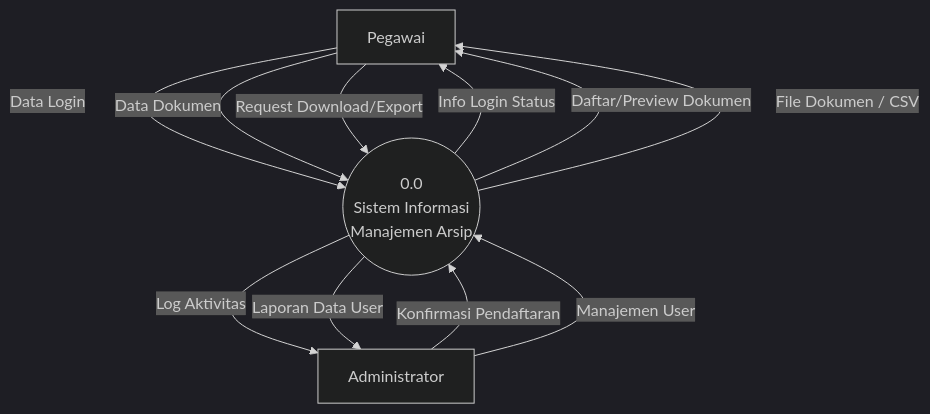
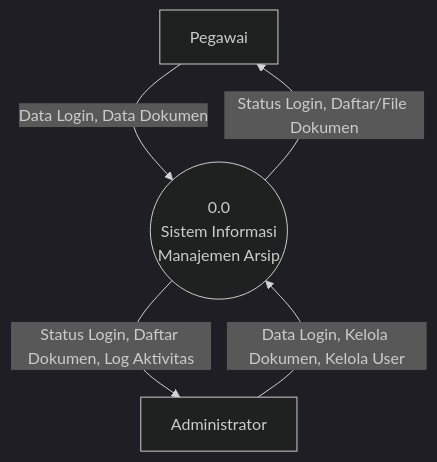
Before and after one commit to UlzuiiCode/bri_arsip: the first of 3 diagrams in docs/dfd.md, drawn with Mermaid (dark theme). The commit also changed other lines of this file and 14 other files, not shown here.

Commit message:
docs: finalize system documentation (erd, dfd, class, activity, table structure) and clean up unused files

````diff
--- a/docs/dfd.md
+++ b/docs/dfd.md
@@ -9,23 +9,17 @@
 ```mermaid
 graph TD
     %% Entities
     P[Pegawai]
     A[Administrator]
-
+    
     %% System
-    S((0.0 <br/> Sistem Informasi <br/> Manajemen Arsip))
-
-    %% Data Flows - Pegawai
-    P -->|Data Login| S
-    P -->|Data Dokumen| S
-    P -->|Request Download/Export| S
-    S -->|Info Login Status| P
-    S -->|Daftar/Preview Dokumen| P
-    S -->|File Dokumen / CSV| P
-
-    %% Data Flows - Admin
-    A -->|Konfirmasi Pendaftaran| S
-    A -->|Manajemen User| S
-    S -->|Log Aktivitas| A
-    S -->|Laporan Data User| A
+    S(("0.0<br>Sistem Informasi<br>Manajemen Arsip"))
+    
+    %% Flows Pegawai
+    P -->|"Data Login, Data Dokumen"| S
+    S -->|"Status Login, Daftar/File Dokumen"| P
+    
+    %% Flows Admin
+    A -->|"Data Login, Kelola Dokumen, Kelola User"| S
+    S -->|"Status Login, Daftar Dokumen, Log Aktivitas"| A
 ```
````
